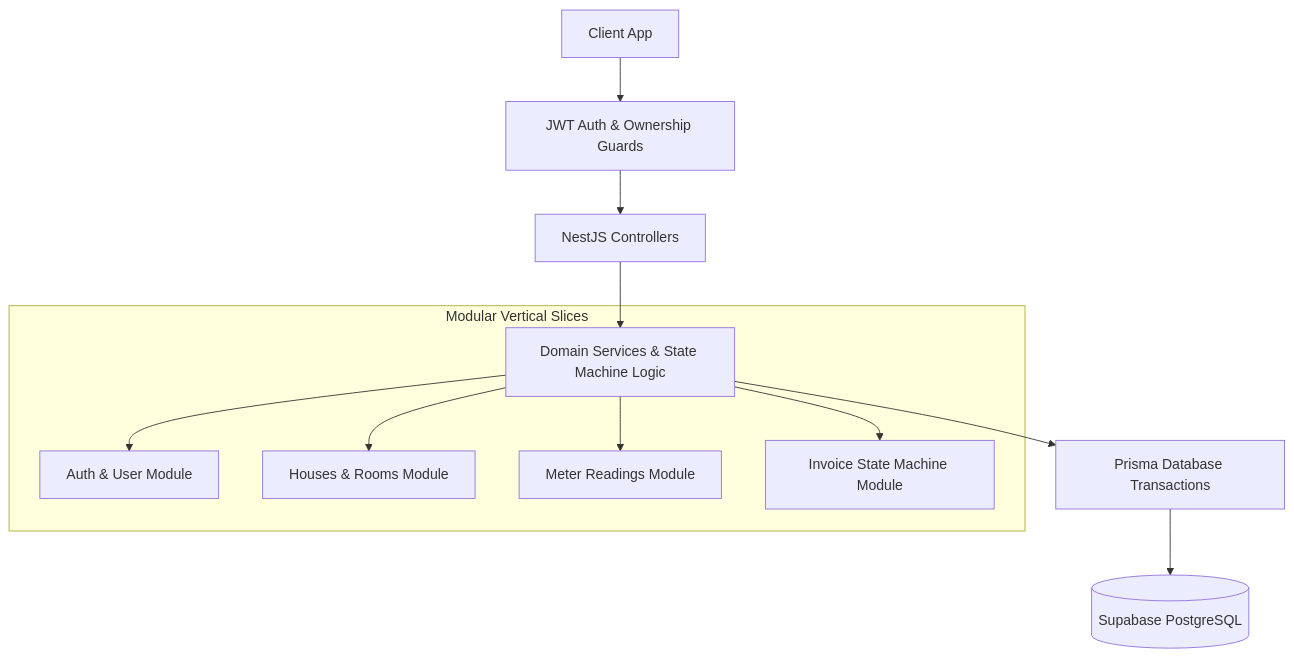
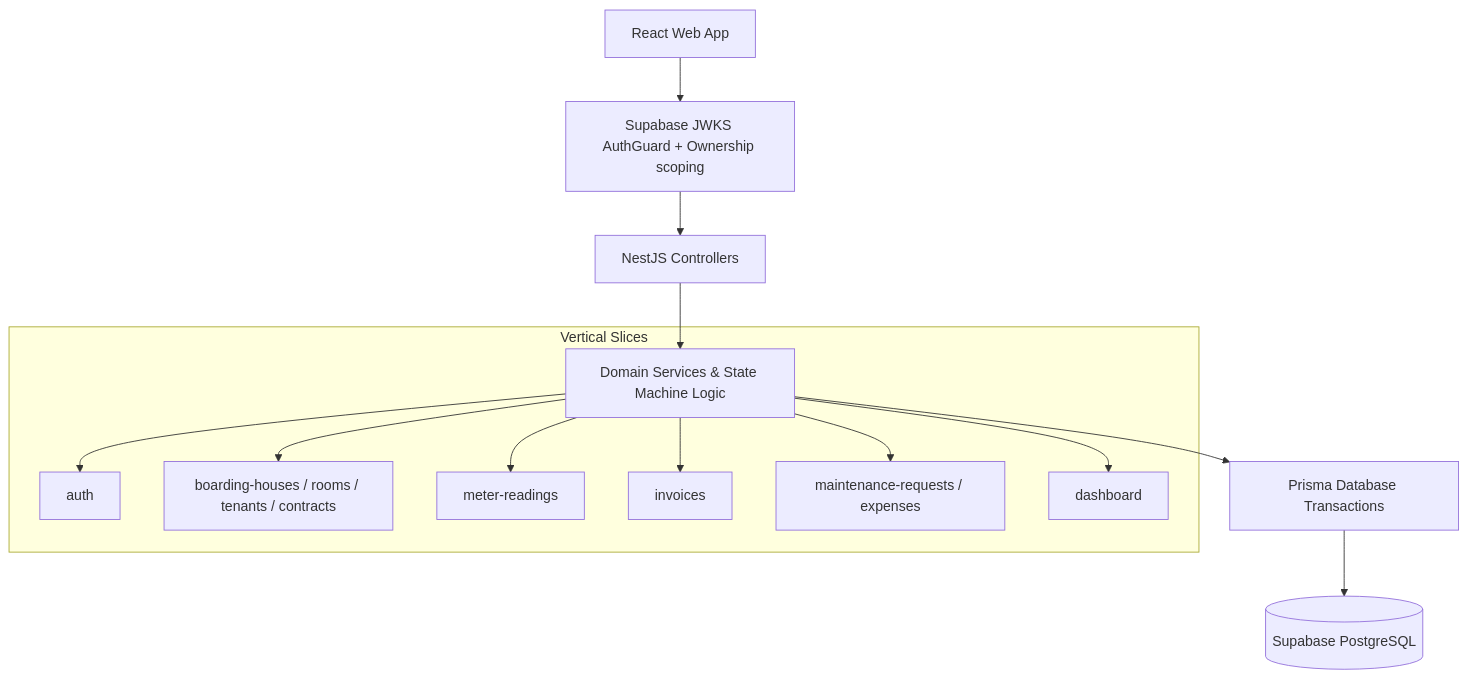
The diagram in README.md (huyhhuy1410/boarding-house-manager-nestjs-rmk), drawn with Mermaid before and after one commit. The commit also changed other lines of this file and 2 other files, not shown here.

````diff
--- a/README.md
+++ b/README.md
@@ -29,15 +31,17 @@
 ```mermaid
 graph TD
-    Client[Client App] --> Guards[JWT Auth & Ownership Guards]
+    Client[React Web App] --> Guards[Supabase JWKS AuthGuard + Ownership scoping]
     Guards --> Nest[NestJS Controllers]
     Nest --> Services[Domain Services & State Machine Logic]
     Services --> Transactions[Prisma Database Transactions]
     Transactions --> Postgres[(Supabase PostgreSQL)]
-    
-    subgraph Modular Vertical Slices
-        Services --> AuthModule[Auth & User Module]
-        Services --> PropertyModule[Houses & Rooms Module]
-        Services --> MeterModule[Meter Readings Module]
-        Services --> InvoiceModule[Invoice State Machine Module]
+
+    subgraph Vertical Slices
+        Services --> AuthModule[auth]
+        Services --> PropertyModule[boarding-houses / rooms / tenants / contracts]
+        Services --> MeterModule[meter-readings]
+        Services --> InvoiceModule[invoices]
+        Services --> MaintenanceModule[maintenance-requests / expenses]
+        Services --> DashboardModule[dashboard]
     end
 ```
````
